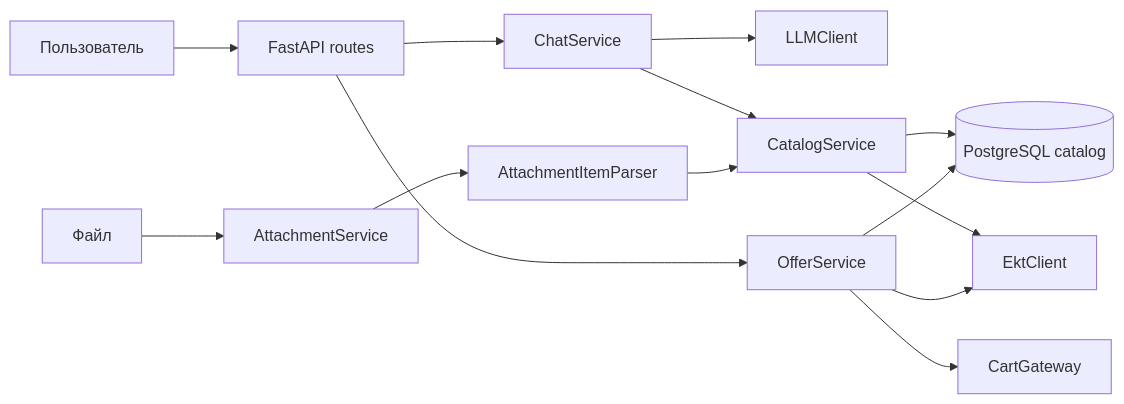
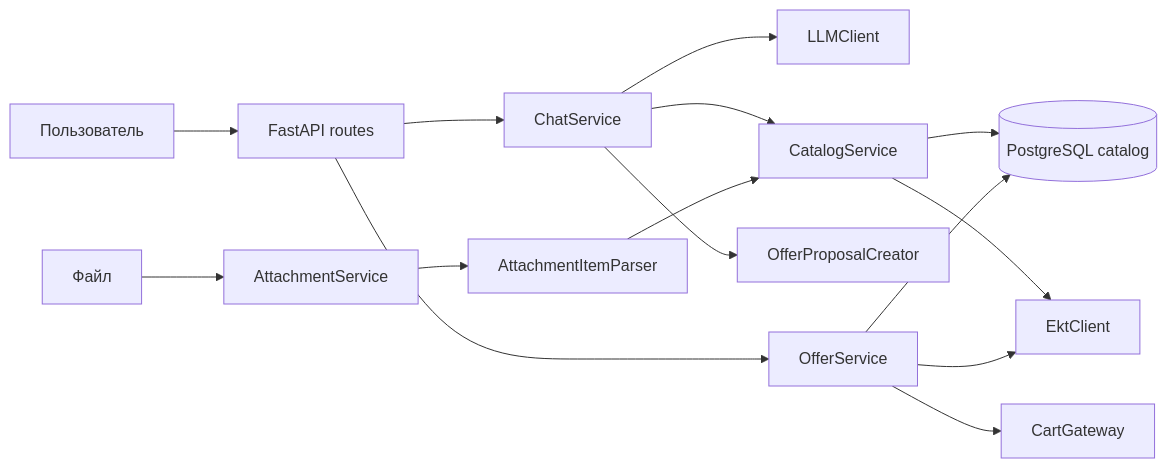
One commit to BAITC-Hacks/hack-4cfe9779-k14 changed the diagram in README.md. Above: the diagram before and after it, drawn with Mermaid. The commit also changed other lines of this file and 24 other files, not shown here.

Commit message:
Harden pending offer cart confirmation flow

````diff
--- a/README.md
+++ b/README.md
@@ -21,16 +21,17 @@
 ```mermaid
 flowchart LR
     User[Пользователь] --> API[FastAPI routes]
     API --> Chat[ChatService]
     Chat --> LLM[LLMClient]
     Chat --> Catalog[CatalogService]
+    Chat --> Proposal[OfferProposalCreator]
     Upload[Файл] --> Attachment[AttachmentService]
     Attachment --> Parser[AttachmentItemParser]
     Parser --> Catalog
     Catalog --> DB[(PostgreSQL catalog)]
     Catalog --> EKT[EktClient]
     API --> Offer[OfferService]
     Offer --> EKT
     Offer --> Cart[CartGateway]
     Offer --> DB
 ```
````
